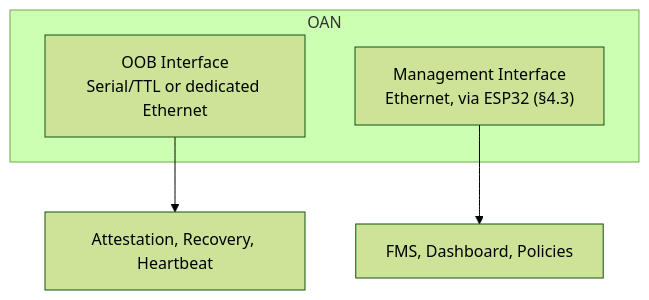
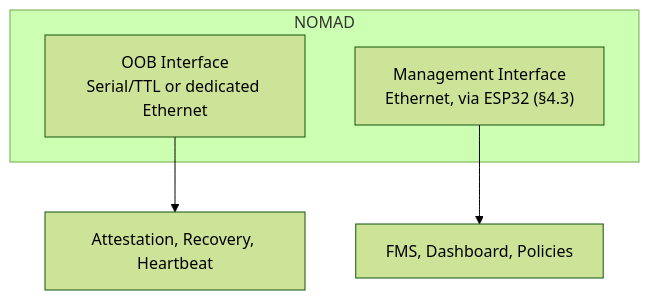
One commit to pardhuvarmax/kernel-borderlands changed the second of 8 diagrams in docs/features/hardware-ext/nomad-hardware-appliance.md. Above: the diagram before and after it, drawn with Mermaid (forest theme). The commit also changed other lines of this file and 6 other files, not shown here.

First line of the commit message:
rename: finish OAN -> NOMAD content updates missed by prior commit

````diff
--- a/docs/features/hardware-ext/nomad-hardware-appliance.md
+++ b/docs/features/hardware-ext/nomad-hardware-appliance.md
@@ -96,9 +96,9 @@
 ```mermaid
 graph TD
-    subgraph OANNODE["OAN"]
+    subgraph NOMADNODE["NOMAD"]
         OOBIF["OOB Interface<br/>Serial/TTL or dedicated Ethernet"]
         MGMTIF["Management Interface<br/>Ethernet, via ESP32 (§4.3)"]
     end
     OOBIF --> ATTEST["Attestation, Recovery, Heartbeat"]
     MGMTIF --> FABRIC["FMS, Dashboard, Policies"]
 ```
````
